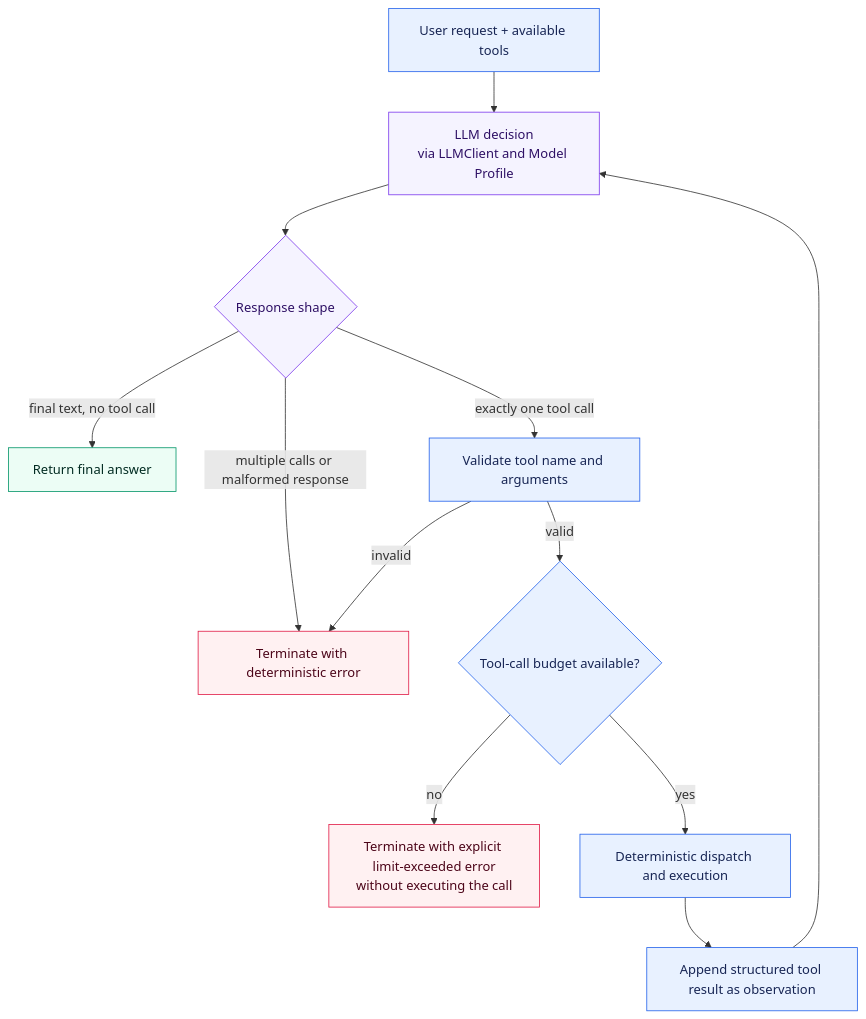
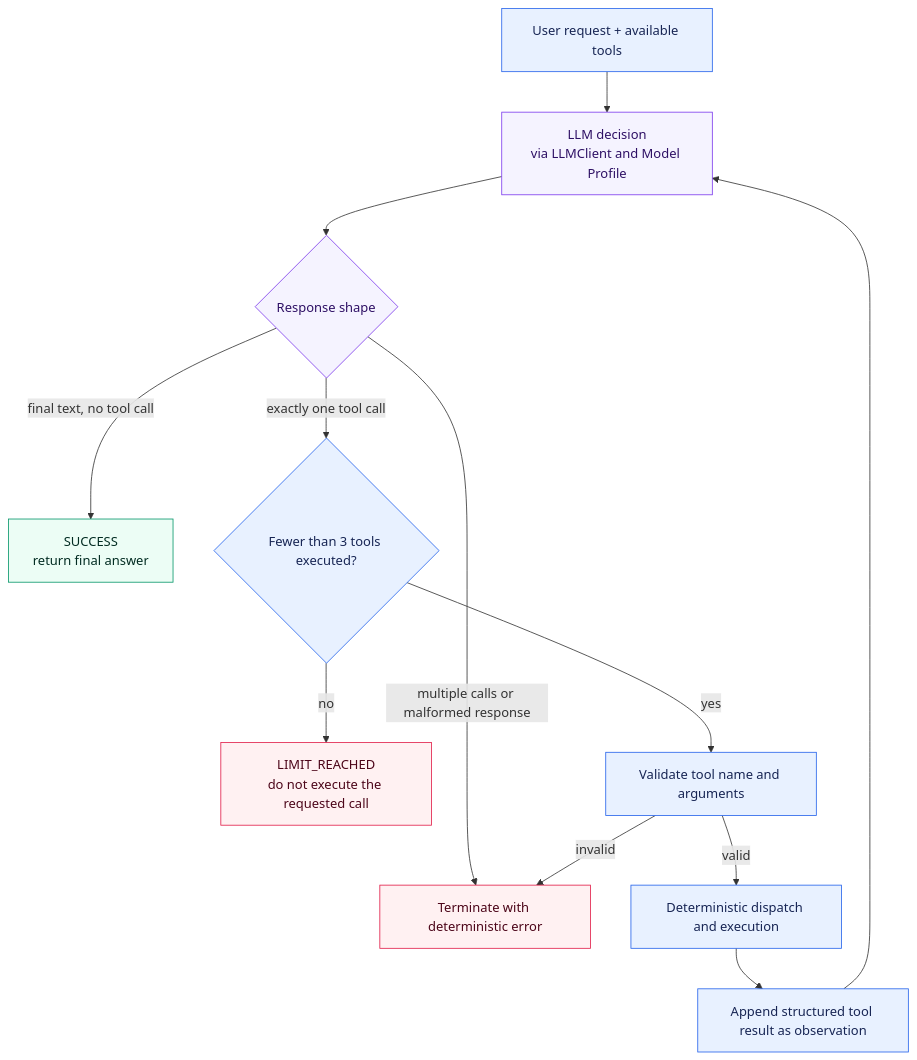
One commit to aboerzel/industrial-ai-agent changed the diagram in docs/decisions/ADR-004-agent-orchestration-strategy.md. Above: the diagram before and after it, drawn with Mermaid. The commit also changed other lines of this file and 11 other files, not shown here.

````diff
--- a/docs/decisions/ADR-004-agent-orchestration-strategy.md
+++ b/docs/decisions/ADR-004-agent-orchestration-strategy.md
@@ -38,23 +38,23 @@
 ```mermaid
 flowchart TD
     Start["User request + available tools"] --> LLM["LLM decision<br/>via LLMClient and Model Profile"]
     LLM --> Decision{"Response shape"}
-    Decision -->|"final text, no tool call"| Final["Return final answer"]
-    Decision -->|"exactly one tool call"| Validate["Validate tool name and arguments"]
+    Decision -->|"final text, no tool call"| Final["SUCCESS<br/>return final answer"]
+    Decision -->|"exactly one tool call"| Limit{"Fewer than 3 tools executed?"}
     Decision -->|"multiple calls or malformed response"| Invalid["Terminate with deterministic error"]
+    Limit -->|"no"| Exhausted["LIMIT_REACHED<br/>do not execute the requested call"]
+    Limit -->|"yes"| Validate["Validate tool name and arguments"]
     Validate -->|"invalid"| Invalid
-    Validate -->|"valid"| Limit{"Tool-call budget available?"}
-    Limit -->|"no"| Exhausted["Terminate with explicit limit-exceeded error<br/>without executing the call"]
-    Limit -->|"yes"| Dispatch["Deterministic dispatch and execution"]
+    Validate -->|"valid"| Dispatch["Deterministic dispatch and execution"]
     Dispatch --> Observation["Append structured tool result as observation"]
     Observation --> LLM
 
     classDef llm fill:#f5f3ff,stroke:#7c3aed,color:#2e1065
     classDef deterministic fill:#e8f1ff,stroke:#2563eb,color:#172554
     classDef terminal fill:#ecfdf5,stroke:#059669,color:#022c22
     classDef failure fill:#fff1f2,stroke:#e11d48,color:#4c0519
     class LLM,Decision llm
     class Start,Validate,Limit,Dispatch,Observation deterministic
     class Final terminal
     class Invalid,Exhausted failure
 ```
````
